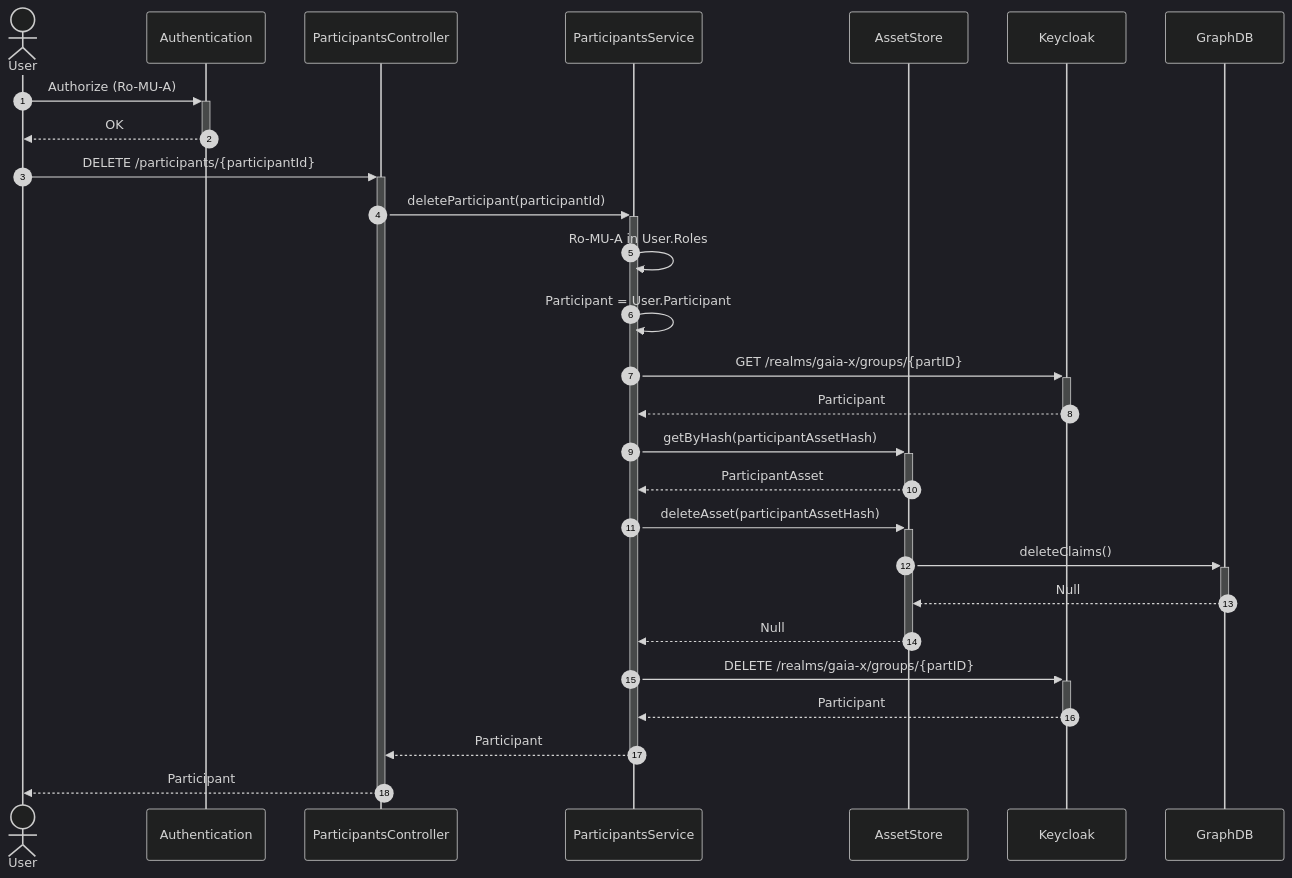
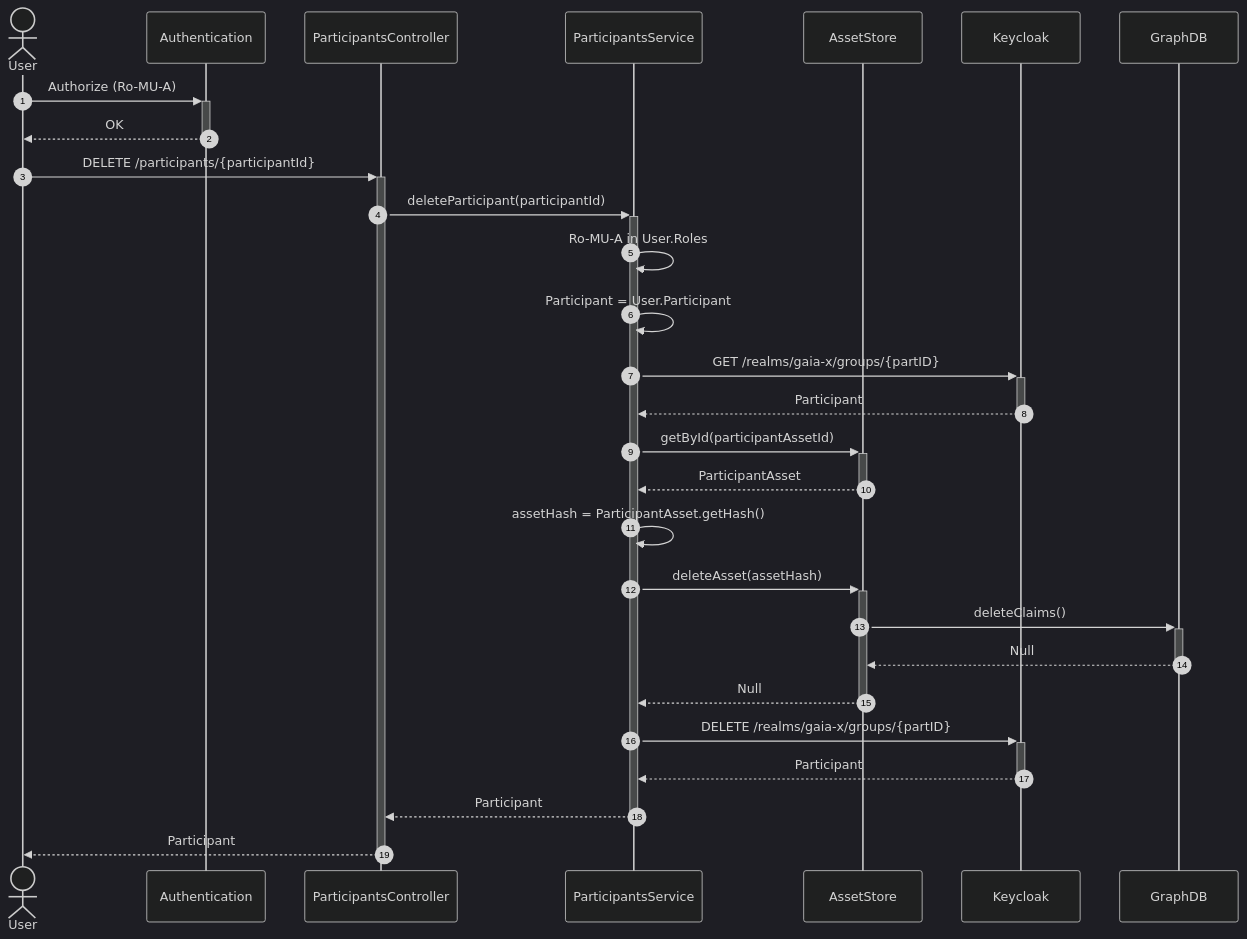
Before and after one commit to federated-catalogue-enhancements-2026/docs: the seventh of 35 diagrams in federated-catalogue/src/docs/architecture/chapters/06_runtime_view.adoc, drawn with Mermaid (dark theme). The commit also changed other lines of this file and 4 other files, not shown here.

```diff
--- a/federated-catalogue/src/docs/architecture/chapters/06_runtime_view.adoc
+++ b/federated-catalogue/src/docs/architecture/chapters/06_runtime_view.adoc
@@ -253,41 +253,42 @@
 [mermaid, width=2000]
 ....
     sequenceDiagram
         autonumber
         actor User
         participant Auth as Authentication
 
         participant API as ParticipantsController
         participant Parti as ParticipantsService
         participant AssetStore as AssetStore
         participant Keycloak
         participant Graph as GraphDB
 
         User ->> + Auth:Authorize (Ro-MU-A)
         Auth -->> - User:OK
 
         User ->> + API:DELETE /participants/{participantId}
 
         API ->> + Parti: deleteParticipant(participantId)
 
         Parti ->> Parti: Ro-MU-A in User.Roles
         Parti ->> Parti: Participant = User.Participant
 
         Parti ->> + Keycloak: GET /realms/gaia-x/groups/{partID}
         Keycloak -->> - Parti: Participant
 
-        Parti ->> + AssetStore: getByHash(participantAssetHash)
+        Parti ->> + AssetStore: getById(participantAssetId)
         AssetStore -->> - Parti: ParticipantAsset
 
-        Parti ->> + AssetStore: deleteAsset(participantAssetHash)
+        Parti ->> Parti: assetHash = ParticipantAsset.getHash()
+        Parti ->> + AssetStore: deleteAsset(assetHash)
         AssetStore ->> + Graph: deleteClaims()
         Graph -->> - AssetStore:Null
         AssetStore -->> - Parti: Null
 
         Parti ->> + Keycloak: DELETE /realms/gaia-x/groups/{partID}
         Keycloak -->> - Parti: Participant
 
         Parti -->> - API: Participant
 
         API -->> - User: Participant
 ....
```
